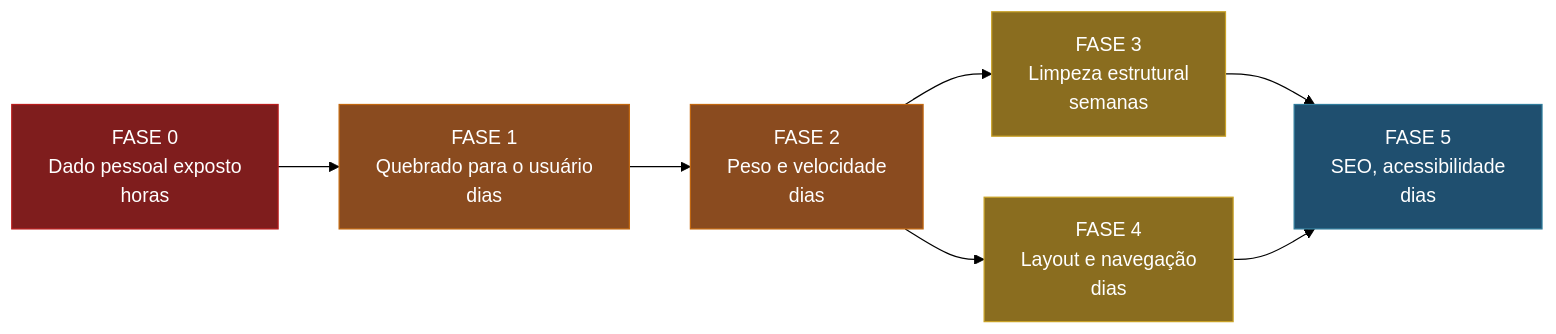
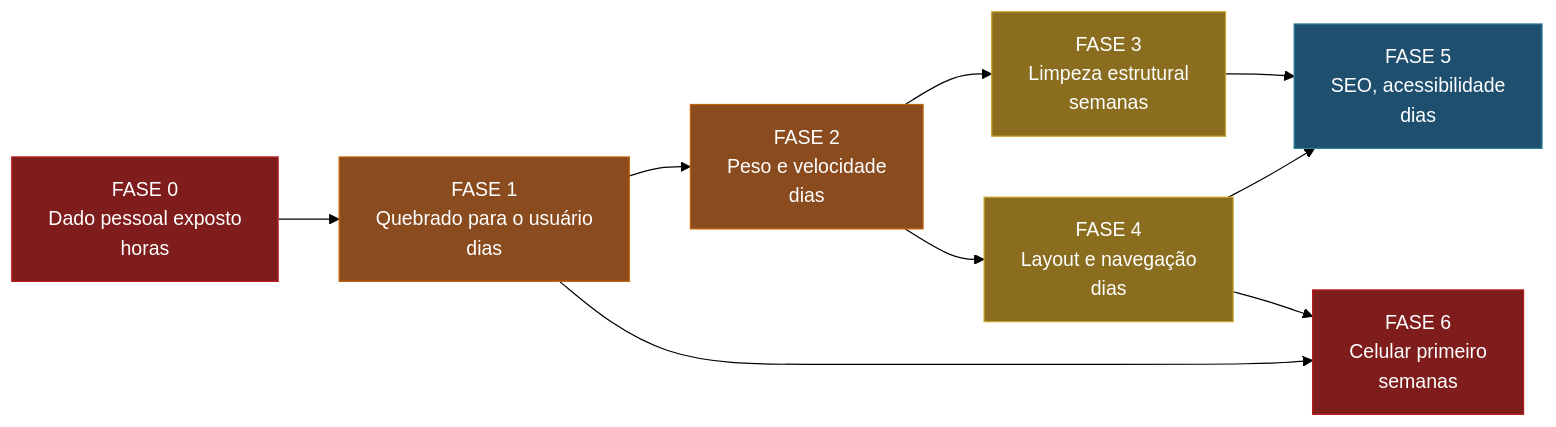
Before and after one commit to Assopra-fita/Sopra-Fitas: the second of 3 diagrams in docs/ROADMAP.md, drawn with Mermaid (forest theme). The commit also changed other lines of this file and 3 other files, not shown here.

First line of the commit message:
chore: zera o lint e abre a fase de celular no roadmap

````diff
--- a/docs/ROADMAP.md
+++ b/docs/ROADMAP.md
@@ -74,19 +76,23 @@
 ```mermaid
 flowchart LR
     F0["FASE 0<br/>Dado pessoal exposto<br/>horas"]:::urg
     F1["FASE 1<br/>Quebrado para o usuário<br/>dias"]:::alta
     F2["FASE 2<br/>Peso e velocidade<br/>dias"]:::alta
     F3["FASE 3<br/>Limpeza estrutural<br/>semanas"]:::media
     F4["FASE 4<br/>Layout e navegação<br/>dias"]:::media
     F5["FASE 5<br/>SEO, acessibilidade<br/>dias"]:::baixa
 
+    F6["FASE 6<br/>Celular primeiro<br/>semanas"]:::urg
+
     F0 --> F1 --> F2 --> F3
     F2 --> F4
     F3 --> F5
     F4 --> F5
+    F1 --> F6
+    F4 --> F6
 
     classDef urg fill:#7f1d1d,stroke:#b91c1c,color:#fff
     classDef alta fill:#8a4b1f,stroke:#c2670f,color:#fff
     classDef media fill:#8a6d1f,stroke:#c9a227,color:#fff
     classDef baixa fill:#1f4f6f,stroke:#2f7c9c,color:#fff
 ```
````
